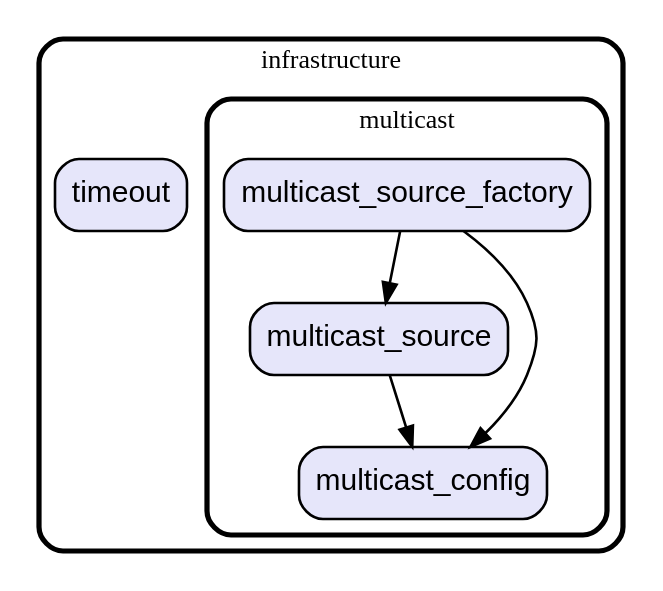
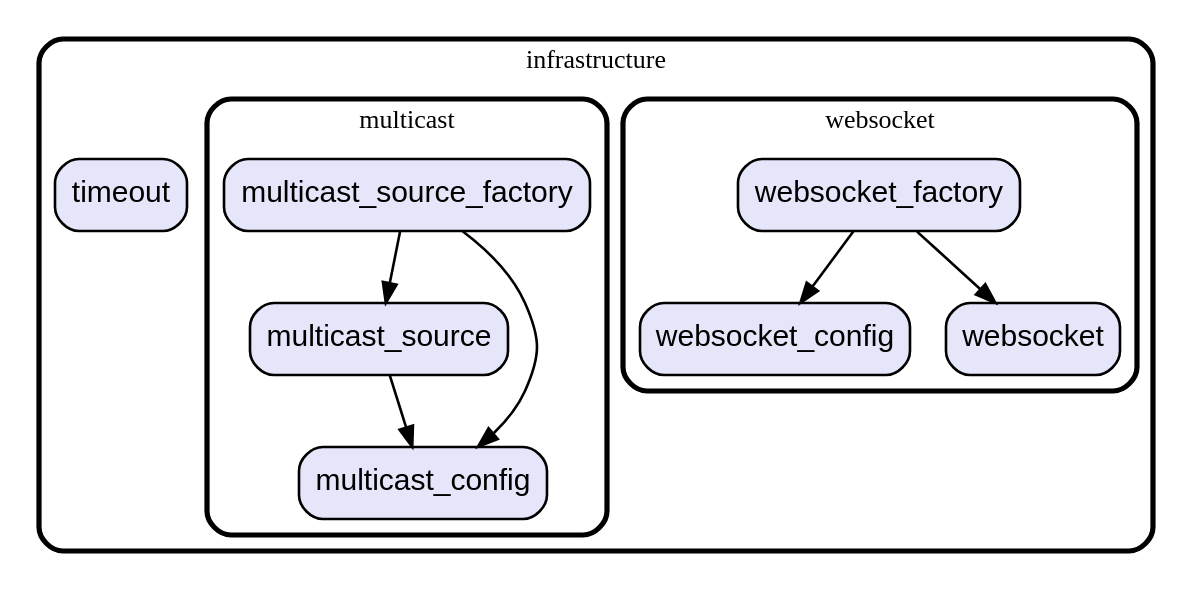
Before and after one commit to gev/reacthome-mobile: the diagram in graph/lib/infrastructure.dot, drawn with Graphviz. The commit also changed 22 other files, not shown here.

Commit message:
update dependencies graph

```diff
--- a/graph/lib/infrastructure.dot
+++ b/graph/lib/infrastructure.dot
@@ -1,22 +1,33 @@
 digraph "" {
   graph [style=rounded fontname="Arial Black" fontsize=13 penwidth=2.6];
   node [shape=rect style="filled,rounded" fontname=Arial fontsize=15 fillcolor=Lavender penwidth=1.3];
   edge [penwidth=1.3];
+  "/websocket/websocket_config.dart" [label="websocket_config"];
+  "/websocket/websocket.dart" [label="websocket"];
+  "/websocket/websocket_factory.dart" [label="websocket_factory"];
   "/multicast/multicast_source_factory.dart" [label="multicast_source_factory"];
   "/multicast/multicast_source.dart" [label="multicast_source"];
   "/multicast/multicast_config.dart" [label="multicast_config"];
   "/timeout.dart" [label="timeout"];
   subgraph "cluster~" {
     label="infrastructure";
     "/timeout.dart";
+    subgraph "cluster~/websocket" {
+      label="websocket";
+      "/websocket/websocket_config.dart";
+      "/websocket/websocket.dart";
+      "/websocket/websocket_factory.dart";
+    }
     subgraph "cluster~/multicast" {
       label="multicast";
       "/multicast/multicast_source_factory.dart";
       "/multicast/multicast_source.dart";
       "/multicast/multicast_config.dart";
     }
   }
+  "/websocket/websocket_factory.dart" -> "/websocket/websocket.dart";
+  "/websocket/websocket_factory.dart" -> "/websocket/websocket_config.dart";
   "/multicast/multicast_source_factory.dart" -> "/multicast/multicast_config.dart";
   "/multicast/multicast_source_factory.dart" -> "/multicast/multicast_source.dart";
   "/multicast/multicast_source.dart" -> "/multicast/multicast_config.dart";
 }
```
